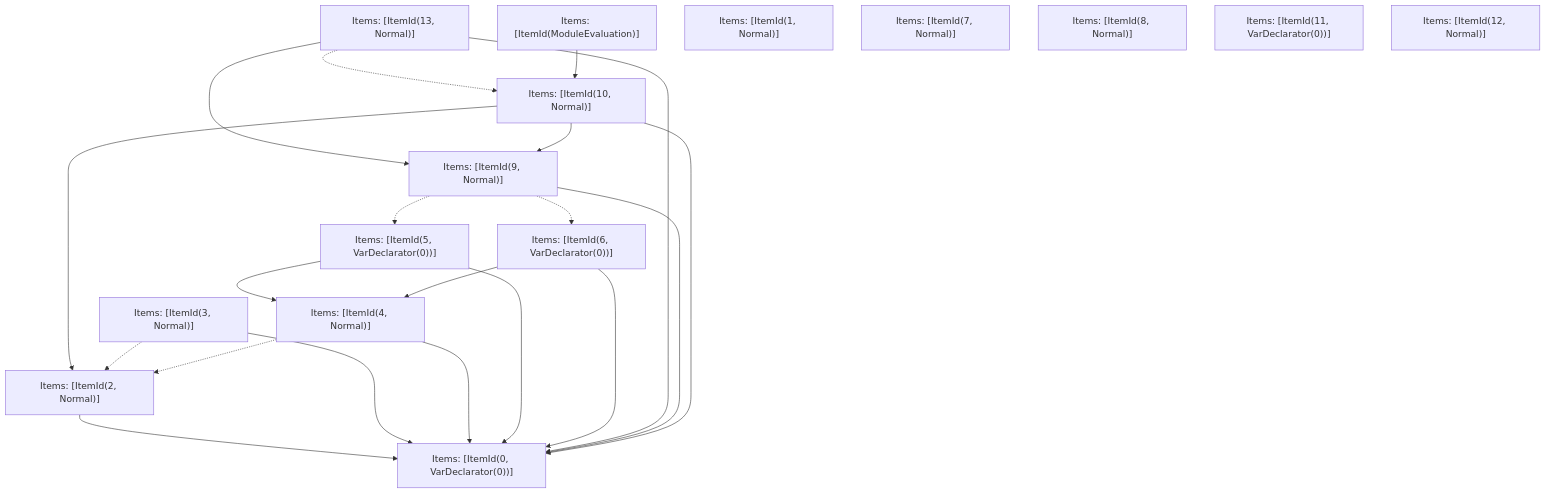
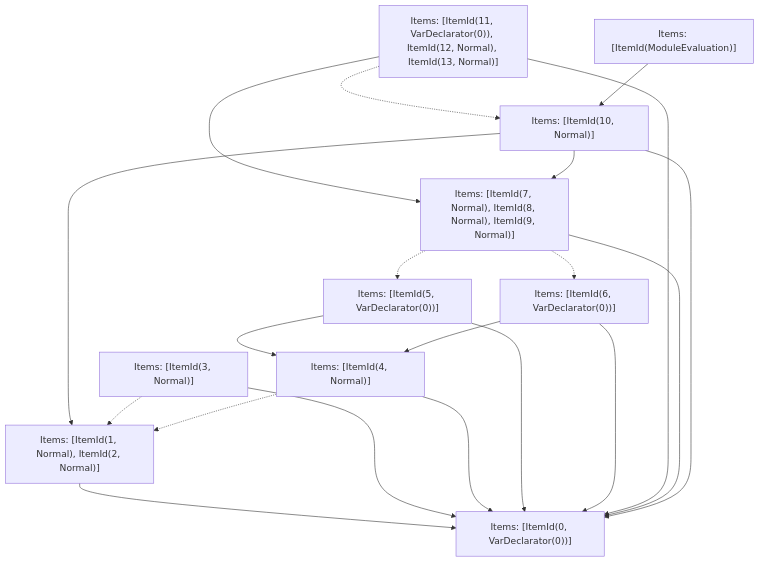
One commit to Sonar-UX-Testing-FreePlan/next.js changed the fifth of 5 diagrams in turbopack/crates/turbopack-ecmascript/tests/tree-shaker/analyzer/effects-1/output.md. Above: the diagram before and after it, drawn with Mermaid. The commit also changed other lines of this file and 38 other files, not shown here.

````diff
--- a/turbopack/crates/turbopack-ecmascript/tests/tree-shaker/analyzer/effects-1/output.md
+++ b/turbopack/crates/turbopack-ecmascript/tests/tree-shaker/analyzer/effects-1/output.md
@@ -320,37 +320,32 @@
 ```mermaid
 graph TD
     N0["Items: [ItemId(ModuleEvaluation)]"];
     N1["Items: [ItemId(0, VarDeclarator(0))]"];
-    N2["Items: [ItemId(2, Normal)]"];
+    N2["Items: [ItemId(1, Normal), ItemId(2, Normal)]"];
     N3["Items: [ItemId(3, Normal)]"];
     N4["Items: [ItemId(4, Normal)]"];
     N5["Items: [ItemId(5, VarDeclarator(0))]"];
     N6["Items: [ItemId(6, VarDeclarator(0))]"];
-    N7["Items: [ItemId(9, Normal)]"];
+    N7["Items: [ItemId(7, Normal), ItemId(8, Normal), ItemId(9, Normal)]"];
     N8["Items: [ItemId(10, Normal)]"];
-    N9["Items: [ItemId(13, Normal)]"];
-    N10["Items: [ItemId(1, Normal)]"];
-    N11["Items: [ItemId(7, Normal)]"];
-    N12["Items: [ItemId(8, Normal)]"];
-    N13["Items: [ItemId(11, VarDeclarator(0))]"];
-    N14["Items: [ItemId(12, Normal)]"];
+    N9["Items: [ItemId(11, VarDeclarator(0)), ItemId(12, Normal), ItemId(13, Normal)]"];
     N7 -.-> N5;
     N2 --> N1;
     N8 --> N2;
     N3 -.-> N2;
     N3 --> N1;
     N4 -.-> N2;
     N4 --> N1;
     N5 --> N4;
     N5 --> N1;
     N6 --> N4;
     N6 --> N1;
     N9 --> N1;
     N9 --> N7;
     N9 -.-> N8;
     N7 --> N1;
     N0 --> N8;
     N7 -.-> N6;
     N8 --> N7;
     N8 --> N1;
 ```
````
